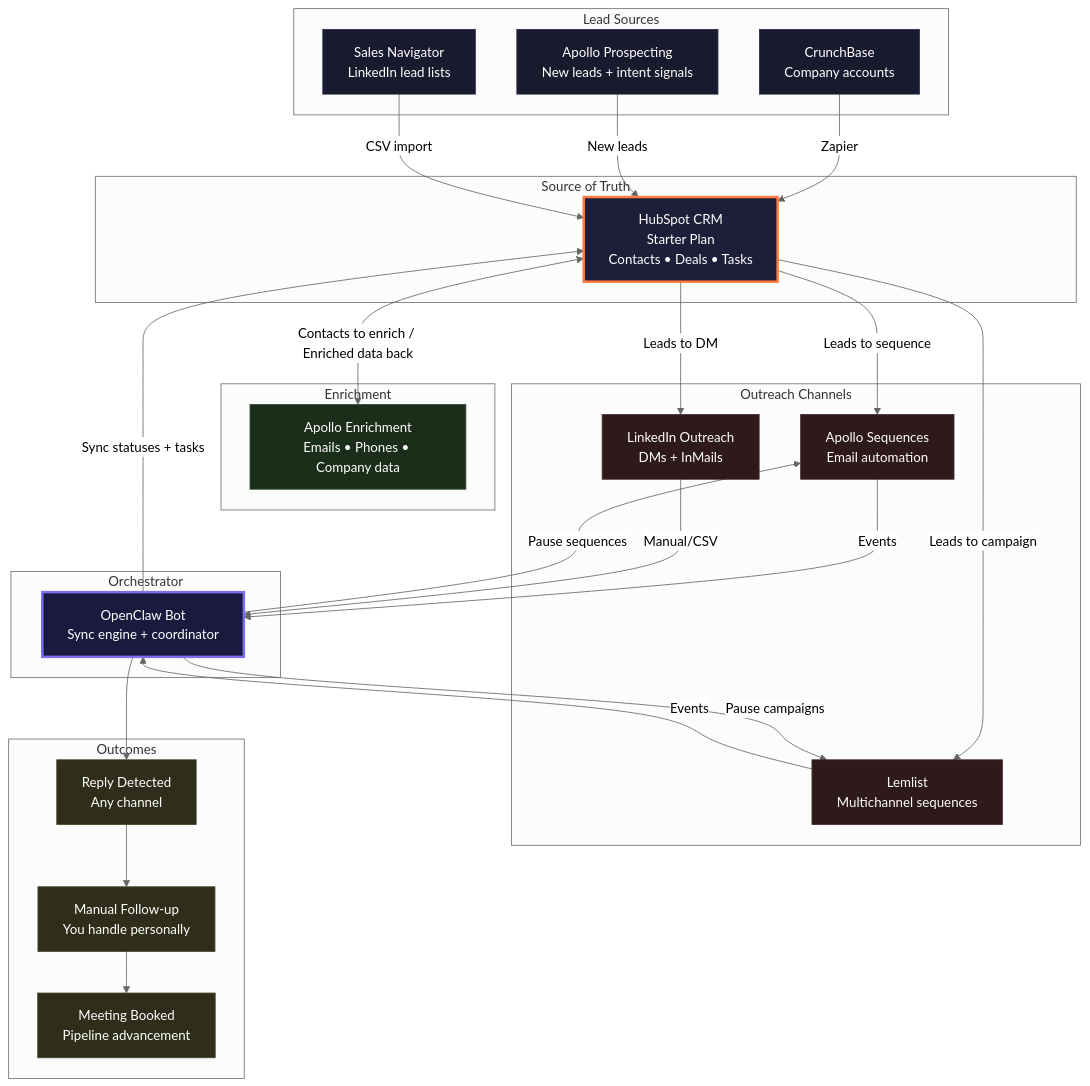
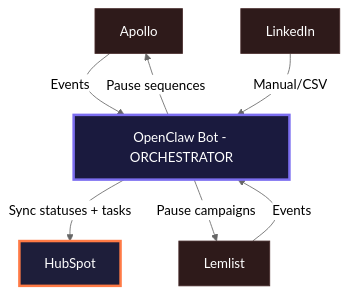
The fourth of 9 diagrams in Kernelics email outreaching automation/architecture.md (Artemponomarev/ai-agent-guides), drawn with Mermaid (neutral theme) before and after one commit. The commit also changed other lines of this file, not shown here.

First line of the commit message:
Fix Mermaid diagrams for Obsidian rendering

````diff
--- a/Kernelics email outreaching automation/architecture.md
+++ b/Kernelics email outreaching automation/architecture.md
@@ -9,67 +51,16 @@
 ```mermaid
-flowchart TB
-    subgraph SOURCES["Lead Sources"]
-        CB["CrunchBase\nCompany accounts"]
-        AP["Apollo Prospecting\nNew leads + intent signals"]
-        LI["Sales Navigator\nLinkedIn lead lists"]
-    end
+flowchart TD
+    AS[Apollo] -->|Events| OC
+    LM[Lemlist] -->|Events| OC
+    LO[LinkedIn] -->|Manual/CSV| OC
+    OC[OpenClaw Bot - ORCHESTRATOR]
+    OC -->|Sync statuses + tasks| HS[HubSpot]
+    OC -->|Pause sequences| AS
+    OC -->|Pause campaigns| LM
 
-    subgraph HUB["Source of Truth"]
-        HS["HubSpot CRM\nStarter Plan\nContacts • Deals • Tasks"]
-    end
-
-    subgraph ENRICH["Enrichment"]
-        AE["Apollo Enrichment\nEmails • Phones • Company data"]
-    end
-
-    subgraph OUTREACH["Outreach Channels"]
-        AS["Apollo Sequences\nEmail automation"]
-        LM["Lemlist\nMultichannel sequences"]
-        LO["LinkedIn Outreach\nDMs + InMails"]
-    end
-
-    subgraph ORCH["Orchestrator"]
-        OC["OpenClaw Bot\nSync engine + coordinator"]
-    end
-
-    subgraph OUTCOMES["Outcomes"]
-        RE["Reply Detected\nAny channel"]
-        MF["Manual Follow-up\nYou handle personally"]
-        MB["Meeting Booked\nPipeline advancement"]
-    end
-
-    CB -->|"Zapier"| HS
-    AP -->|"New leads"| HS
-    LI -->|"CSV import"| HS
-
-    HS <-->|"Contacts to enrich / Enriched data back"| AE
-
-    HS -->|"Leads to sequence"| AS
-    HS -->|"Leads to campaign"| LM
-    HS -->|"Leads to DM"| LO
-
-    AS -->|"Events"| OC
-    LM -->|"Events"| OC
-    LO -->|"Manual/CSV"| OC
-
-    OC -->|"Sync statuses + tasks"| HS
-    OC -->|"Pause sequences"| AS
-    OC -->|"Pause campaigns"| LM
-
-    OC --> RE
-    RE --> MF
-    MF --> MB
-
+    style OC fill:#1a1a3e,stroke:#7c6ef0,stroke-width:3px,color:#fff
     style HS fill:#1e1e3a,stroke:#ff7a45,stroke-width:3px,color:#fff
-    style OC fill:#1a1a3e,stroke:#7c6ef0,stroke-width:3px,color:#fff
-    style CB fill:#1a1a2e,stroke:#2a2a4e,color:#fff
-    style AP fill:#1a1a2e,stroke:#2a2a4e,color:#fff
-    style LI fill:#1a1a2e,stroke:#2a2a4e,color:#fff
-    style AE fill:#1a2e1a,stroke:#2e4a2e,color:#fff
     style AS fill:#2e1a1a,stroke:#4a2e2e,color:#fff
     style LM fill:#2e1a1a,stroke:#4a2e2e,color:#fff
     style LO fill:#2e1a1a,stroke:#4a2e2e,color:#fff
-    style RE fill:#2e2e1a,stroke:#4a4a2e,color:#fff
-    style MF fill:#2e2e1a,stroke:#4a4a2e,color:#fff
-    style MB fill:#2e2e1a,stroke:#4a4a2e,color:#fff
 ```
````
